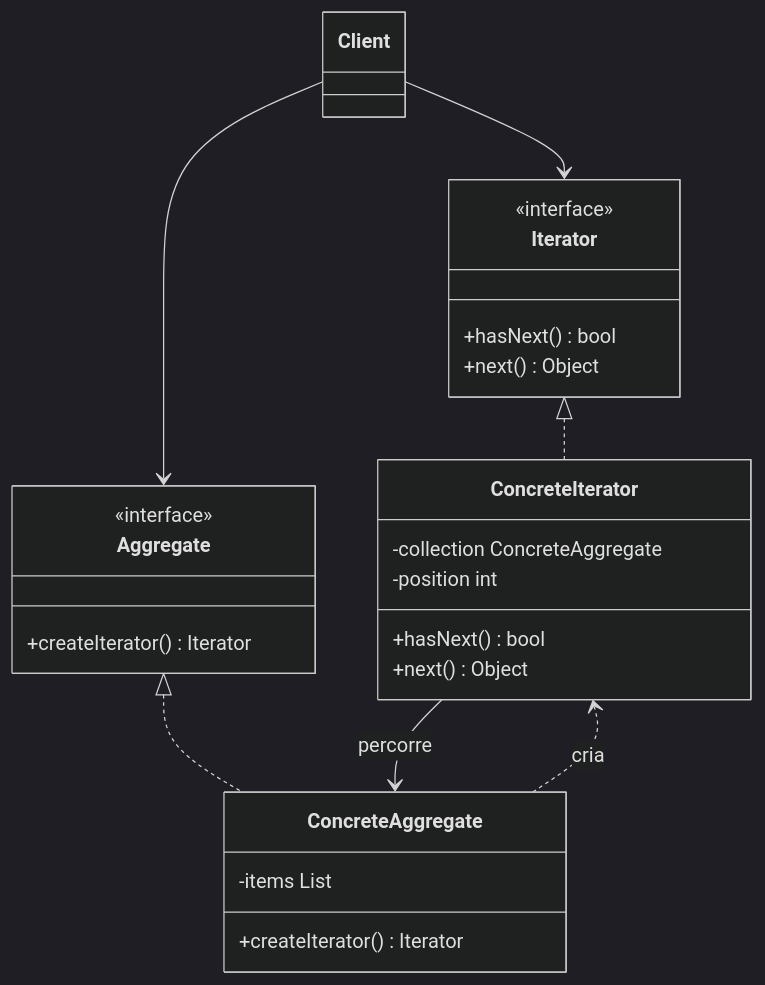
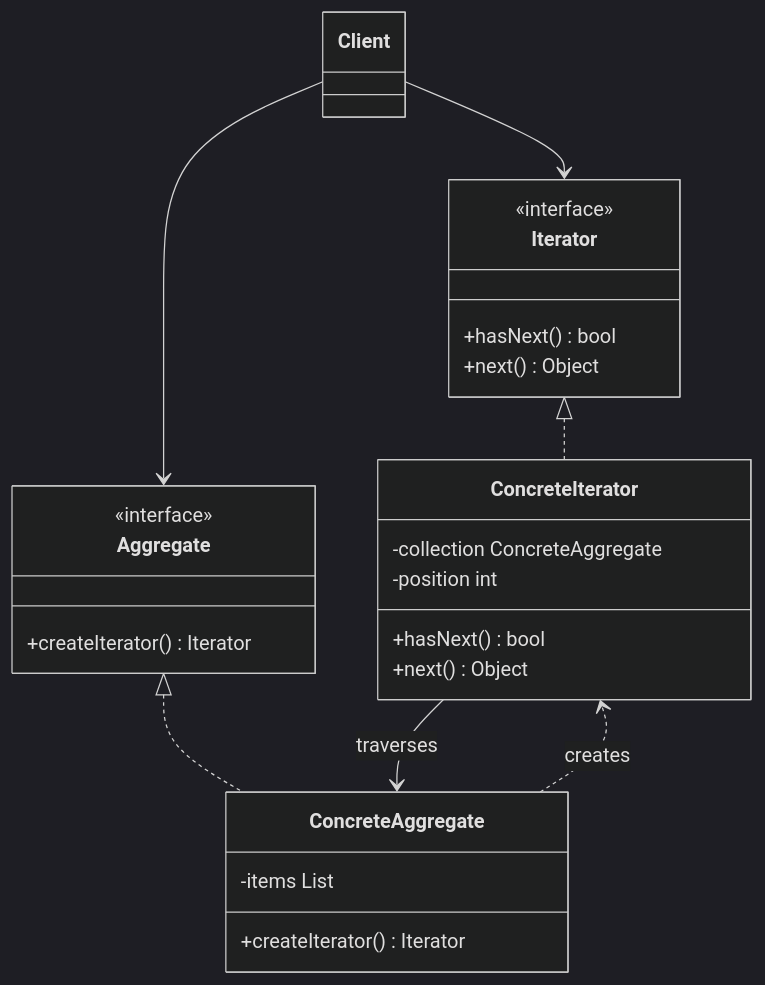
Before and after one commit to alancesar/design-patterns: the diagram in docs/coding/gof/behavioral/iterator.md, drawn with Mermaid (dark theme). The commit also changed 258 other files, not shown here.

First line of the commit message:
Translate Mermaid diagrams to English

````diff
--- a/docs/coding/gof/behavioral/iterator.md
+++ b/docs/coding/gof/behavioral/iterator.md
@@ -61,29 +61,29 @@
 ```mermaid
 classDiagram
     class Iterator {
         <<interface>>
         +hasNext() bool
         +next() Object
     }
     class Aggregate {
         <<interface>>
         +createIterator() Iterator
     }
     class ConcreteIterator {
         -collection ConcreteAggregate
         -position int
         +hasNext() bool
         +next() Object
     }
     class ConcreteAggregate {
         -items List
         +createIterator() Iterator
     }
     class Client
     Iterator <|.. ConcreteIterator
     Aggregate <|.. ConcreteAggregate
-    ConcreteAggregate ..> ConcreteIterator : cria
-    ConcreteIterator --> ConcreteAggregate : percorre
+    ConcreteAggregate ..> ConcreteIterator : creates
+    ConcreteIterator --> ConcreteAggregate : traverses
     Client --> Aggregate
     Client --> Iterator
 ```
````
